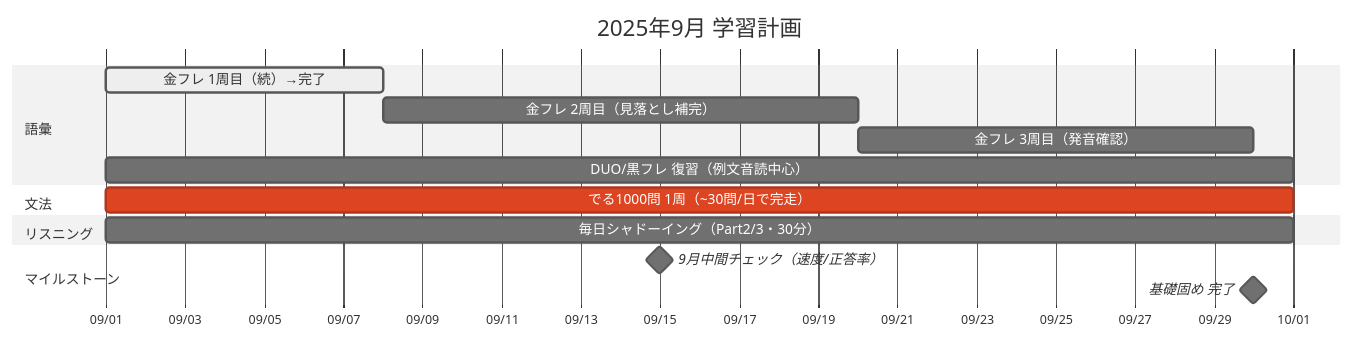
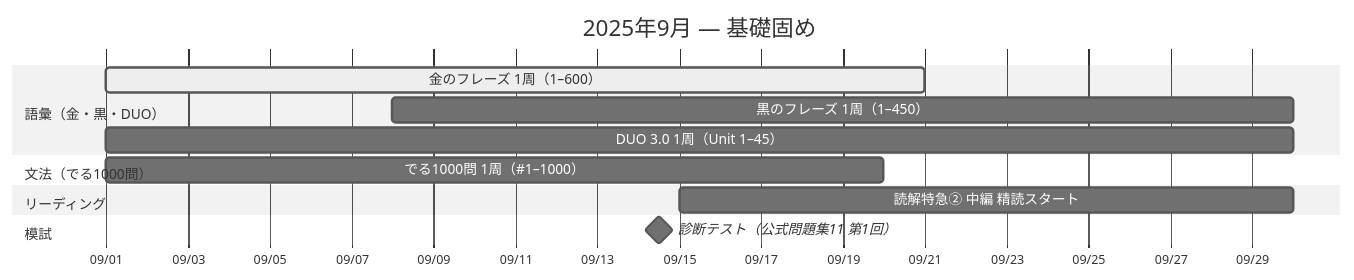
One commit to hellomyzn/TIL changed the first of 5 diagrams in english/toeic/roadmap-2025.md. Above: the diagram before and after it, drawn with Mermaid (neutral theme). The commit also changed other lines of this file, not shown here.

Commit message:
update: toeic roadmap

````diff
--- a/english/toeic/roadmap-2025.md
+++ b/english/toeic/roadmap-2025.md
@@ -51,24 +34,21 @@
 ```mermaid
 gantt
-  title 2025年9月 学習計画
-  dateFormat  YYYY-MM-DD
-  axisFormat  %m/%d
+    title 2025年9月 — 基礎固め
+    dateFormat  YYYY-MM-DD
+    axisFormat  %m/%d
 
-  section 語彙
-  金フレ 1周目（続）→完了              :active, b1, 2025-09-01, 7d
-  金フレ 2周目（見落とし補完）         :b2, 2025-09-08, 12d
-  金フレ 3周目（発音確認）             :b3, 2025-09-20, 10d
-  DUO/黒フレ 復習（例文音読中心）       :b4, 2025-09-01, 30d
+    section 語彙（金・黒・DUO）
+    金のフレーズ 1周（1–600）       :active, vocab1, 2025-09-01, 2025-09-21
+    黒のフレーズ 1周（1–450）       :bk1,    2025-09-08, 2025-09-30
+    DUO 3.0 1周（Unit 1–45）        :duo1,   2025-09-01, 2025-09-30
 
-  section 文法
-  でる1000問 1周（~30問/日で完走）     :crit, b5, 2025-09-01, 30d
+    section 文法（でる1000問）
+    でる1000問 1周（#1–1000）       :gram1,  2025-09-01, 2025-09-20
 
-  section リスニング
-  毎日シャドーイング（Part2/3・30分）  :b6, 2025-09-01, 30d
+    section リーディング
+    読解特急② 中編 精読スタート      :rd2s,   2025-09-15, 2025-09-30
 
-  section マイルストーン
-  9月中間チェック（速度/正答率）        :milestone, 2025-09-15, 0d
-  基礎固め 完了                         :milestone, 2025-09-30, 0d
-
+    section 模試
+    診断テスト（公式問題集11 第1回） :milestone, diag, 2025-09-14, 1d
 
 ```
````
